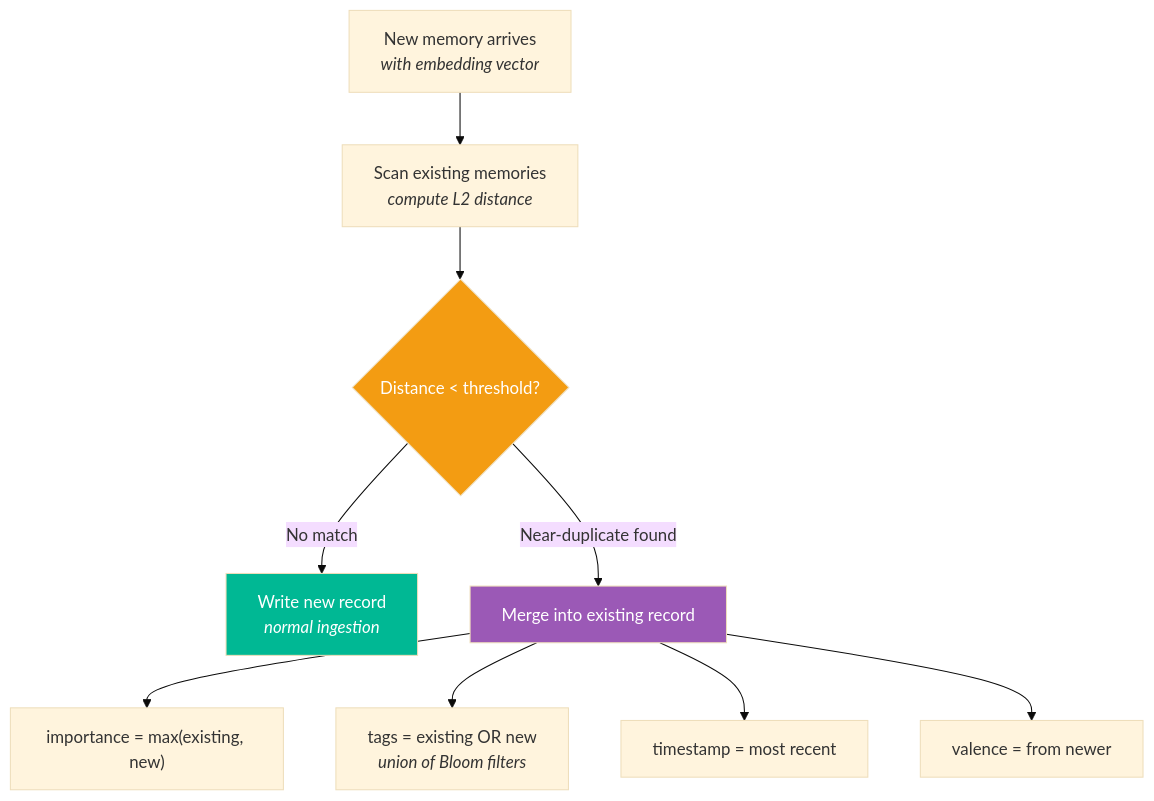
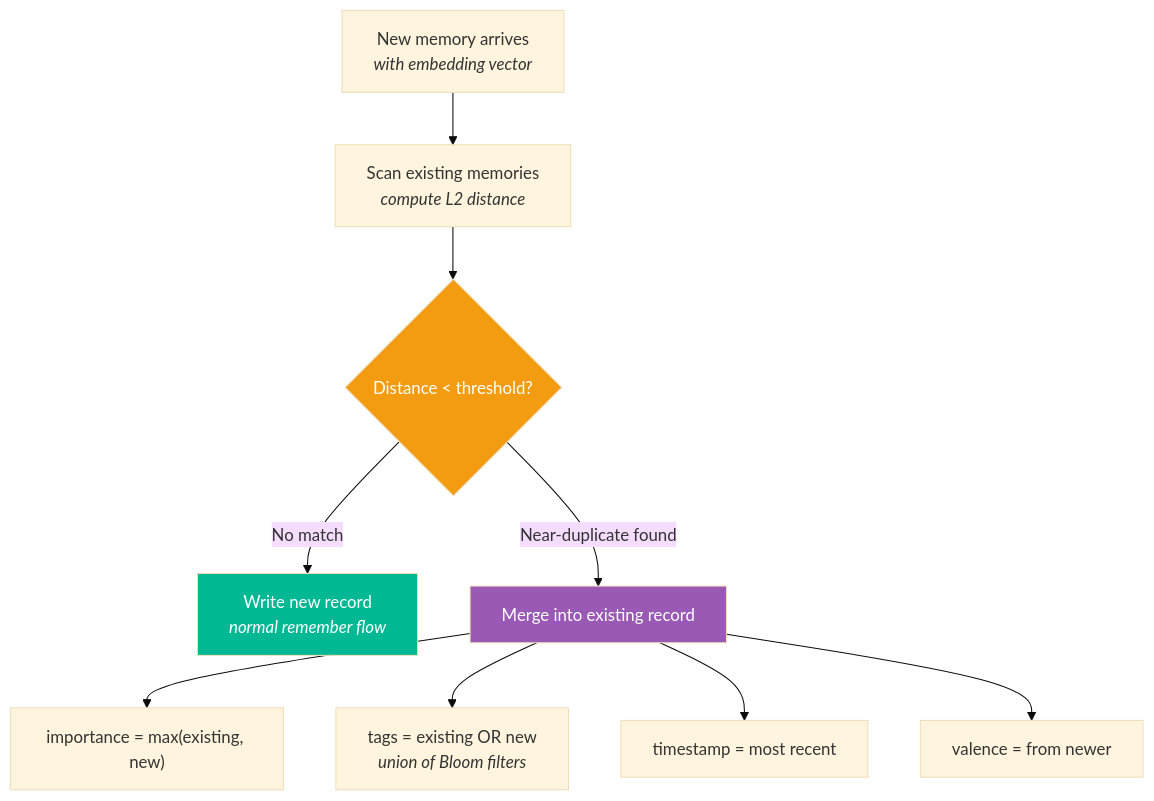
Before and after one commit to spectrayan/spector: the first of 2 diagrams in docs/docs/memory/interference.md, drawn with Mermaid (base theme). The commit also changed other lines of this file and 23 other files, not shown here.

````diff
--- a/docs/docs/memory/interference.md
+++ b/docs/docs/memory/interference.md
@@ -30,16 +30,16 @@
 ```mermaid
 flowchart TD
     NEW["New memory arrives<br/><i>with embedding vector</i>"] --> SCAN["Scan existing memories<br/><i>compute L2 distance</i>"]
     SCAN --> CHECK{"Distance < threshold?"}
-    CHECK -->|"No match"| WRITE["Write new record<br/><i>normal ingestion</i>"]
+    CHECK -->|"No match"| WRITE["Write new record<br/><i>normal remember flow</i>"]
     CHECK -->|"Near-duplicate found"| MERGE["Merge into existing record"]
 
     MERGE --> M1["importance = max(existing, new)"]
     MERGE --> M2["tags = existing OR new<br/><i>union of Bloom filters</i>"]
     MERGE --> M3["timestamp = most recent"]
     MERGE --> M4["valence = from newer"]
 
     style CHECK fill:#f39c12,color:white
     style MERGE fill:#9b59b6,color:white
     style WRITE fill:#00b894,color:white
 ```
````
